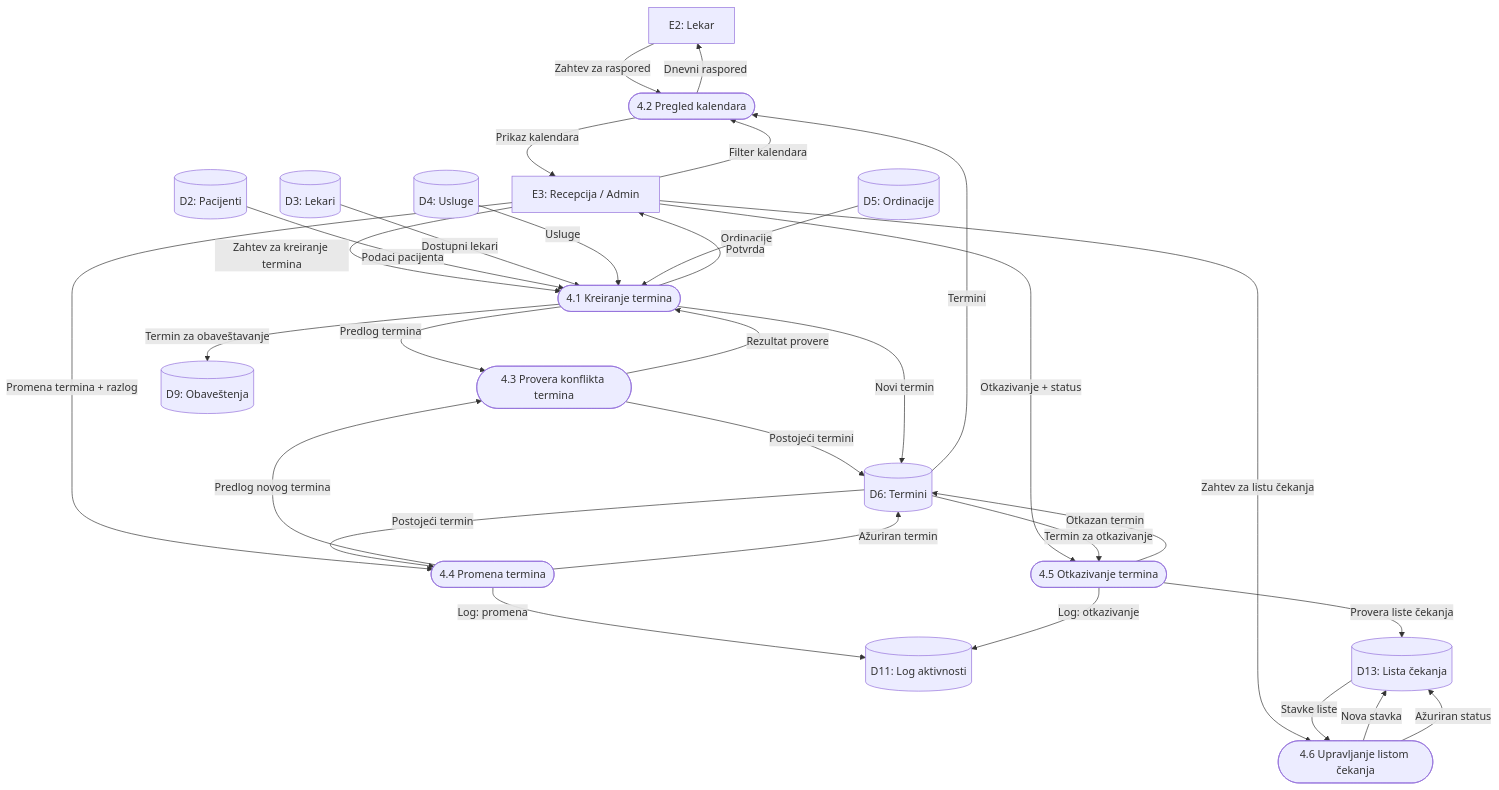
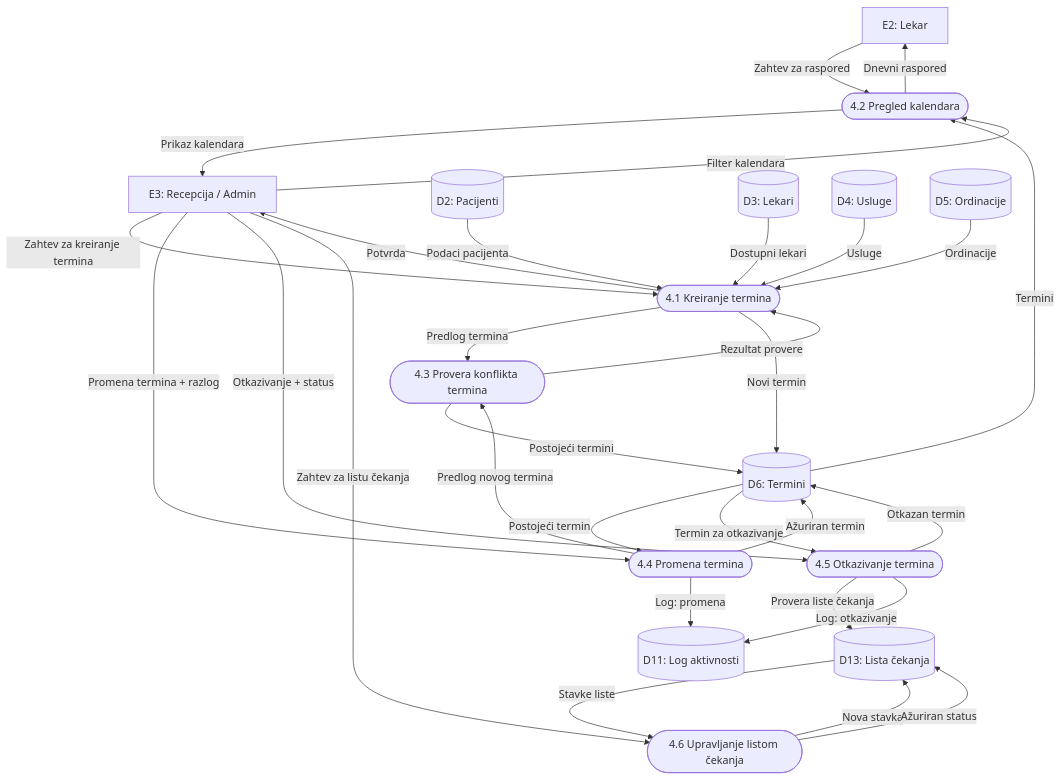
One commit to W1nt3rR/informacioni-sistem-privatne-klinike changed the eighth of 34 diagrams in docs/sistem-analiza.md. Above: the diagram before and after it, drawn with Mermaid. The commit also changed other lines of this file and 25 other files, not shown here.

````diff
--- a/docs/sistem-analiza.md
+++ b/docs/sistem-analiza.md
@@ -470,56 +461,54 @@
 ```mermaid
 graph TD
     E2["E2: Lekar"]
     E3["E3: Recepcija / Admin"]
 
     P41(["4.1 Kreiranje termina"])
     P42(["4.2 Pregled kalendara"])
     P43(["4.3 Provera konflikta termina"])
     P44(["4.4 Promena termina"])
     P45(["4.5 Otkazivanje termina"])
     P46(["4.6 Upravljanje listom čekanja"])
 
     D2[("D2: Pacijenti")]
     D3[("D3: Lekari")]
     D4[("D4: Usluge")]
     D5[("D5: Ordinacije")]
     D6[("D6: Termini")]
-    D9[("D9: Obaveštenja")]
     D11[("D11: Log aktivnosti")]
     D13[("D13: Lista čekanja")]
 
     E3 -->|"Zahtev za kreiranje termina"| P41
     D2 -->|"Podaci pacijenta"| P41
     D3 -->|"Dostupni lekari"| P41
     D4 -->|"Usluge"| P41
     D5 -->|"Ordinacije"| P41
     P41 -->|"Predlog termina"| P43
     P43 -->|"Postojeći termini"| D6
     P43 -->|"Rezultat provere"| P41
     P41 -->|"Novi termin"| D6
     P41 -->|"Potvrda"| E3
-    P41 -->|"Termin za obaveštavanje"| D9
 
     E3 -->|"Filter kalendara"| P42
     E2 -->|"Zahtev za raspored"| P42
     D6 -->|"Termini"| P42
     P42 -->|"Prikaz kalendara"| E3
     P42 -->|"Dnevni raspored"| E2
 
     E3 -->|"Promena termina + razlog"| P44
     D6 -->|"Postojeći termin"| P44
     P44 -->|"Predlog novog termina"| P43
     P44 -->|"Ažuriran termin"| D6
     P44 -->|"Log: promena"| D11
 
     E3 -->|"Otkazivanje + status"| P45
     D6 -->|"Termin za otkazivanje"| P45
     P45 -->|"Otkazan termin"| D6
     P45 -->|"Provera liste čekanja"| D13
     P45 -->|"Log: otkazivanje"| D11
 
     E3 -->|"Zahtev za listu čekanja"| P46
     D13 -->|"Stavke liste"| P46
     P46 -->|"Nova stavka"| D13
     P46 -->|"Ažuriran status"| D13
 ```
````
